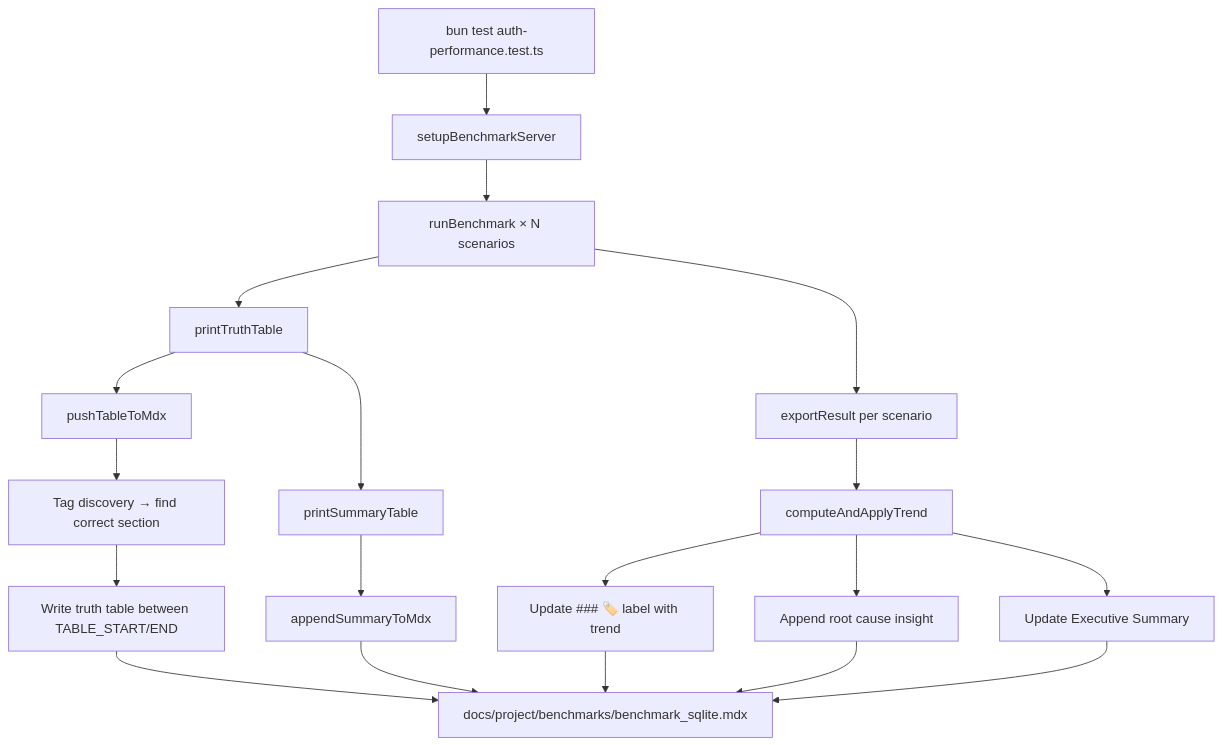
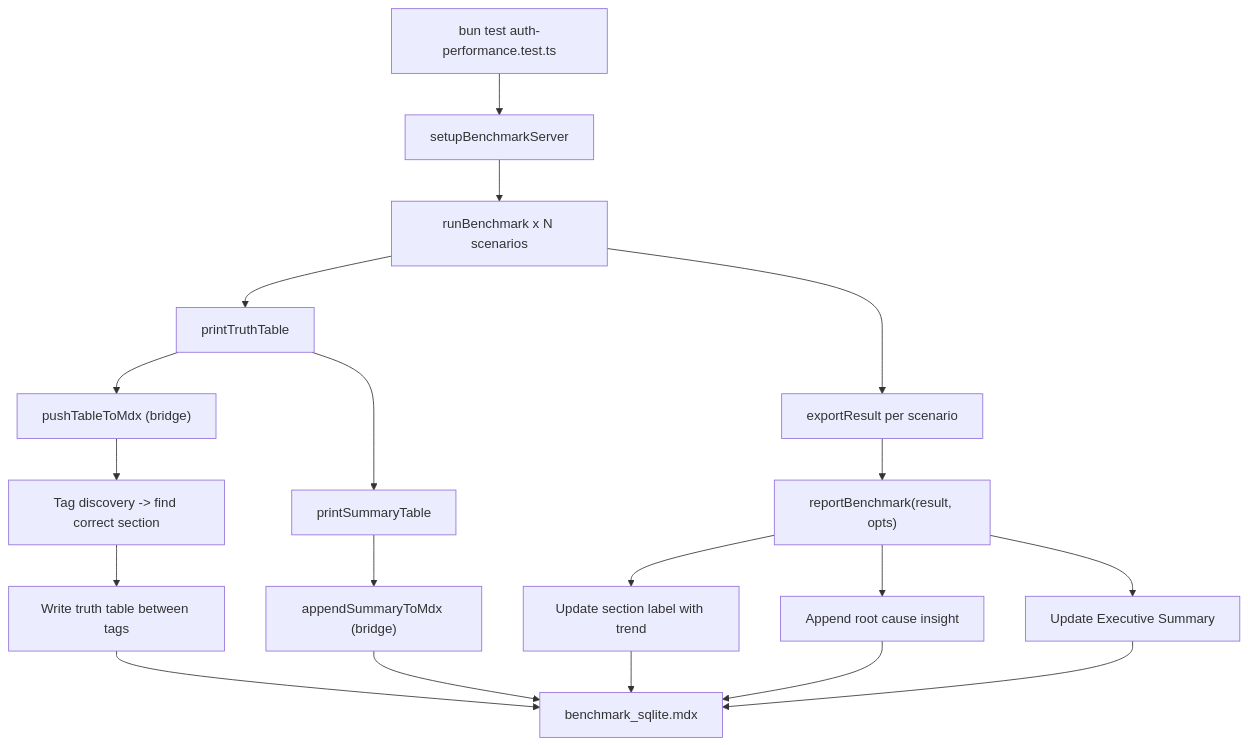
Before and after one commit to SveltyCMS/SveltyCMS: the diagram in docs/project/benchmarks/index.mdx, drawn with Mermaid. The commit also changed other lines of this file, not shown here.

Commit message:
docs: clarify benchmark recording, mode table, canonical SQLite source

````diff
--- a/docs/project/benchmarks/index.mdx
+++ b/docs/project/benchmarks/index.mdx
@@ -36,24 +44,24 @@
 ```mermaid
 flowchart TD
-    A[bun test auth-performance.test.ts] --> B[setupBenchmarkServer]
-    B --> C[runBenchmark × N scenarios]
-    C --> D[exportResult per scenario]
-    D --> E[computeAndApplyTrend]
-    E --> F1[Update ### 🏷️ label with trend]
-    E --> F2[Append root cause insight]
-    E --> F3[Update Executive Summary]
+    A["bun test auth-performance.test.ts"] --> B["setupBenchmarkServer"]
+    B --> C["runBenchmark x N scenarios"]
+    C --> D["exportResult per scenario"]
+    D --> E["reportBenchmark(result, opts)"]
+    E --> F1["Update section label with trend"]
+    E --> F2["Append root cause insight"]
+    E --> F3["Update Executive Summary"]
 
-    C --> G[printTruthTable]
-    G --> H[pushTableToMdx]
-    H --> I[Tag discovery → find correct section]
-    I --> J[Write truth table between TABLE_START/END]
+    C --> G["printTruthTable"]
+    G --> H["pushTableToMdx (bridge)"]
+    H --> I["Tag discovery -> find correct section"]
+    I --> J["Write truth table between tags"]
 
-    G --> K[printSummaryTable]
-    K --> L[appendSummaryToMdx]
+    G --> K["printSummaryTable"]
+    K --> L["appendSummaryToMdx (bridge)"]
 
-    J --> M[docs/project/benchmarks/benchmark_sqlite.mdx]
+    J --> M["benchmark_sqlite.mdx"]
     L --> M
     F1 --> M
     F2 --> M
     F3 --> M
 ```
````
